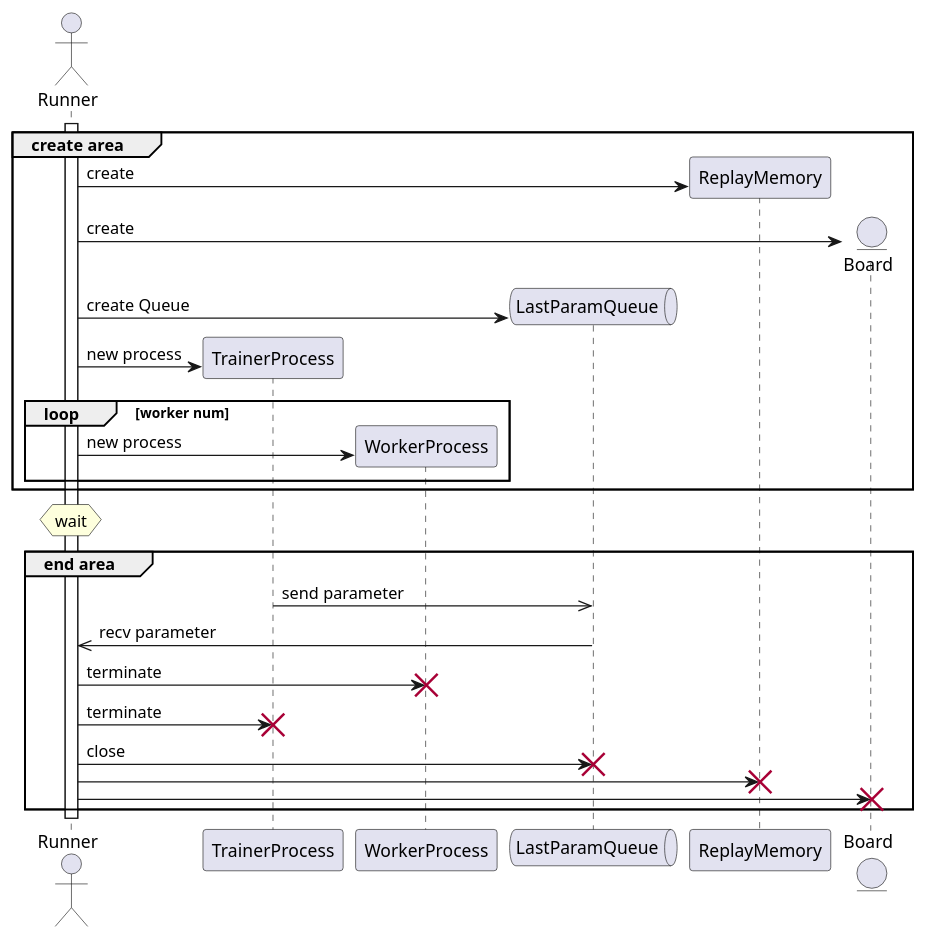
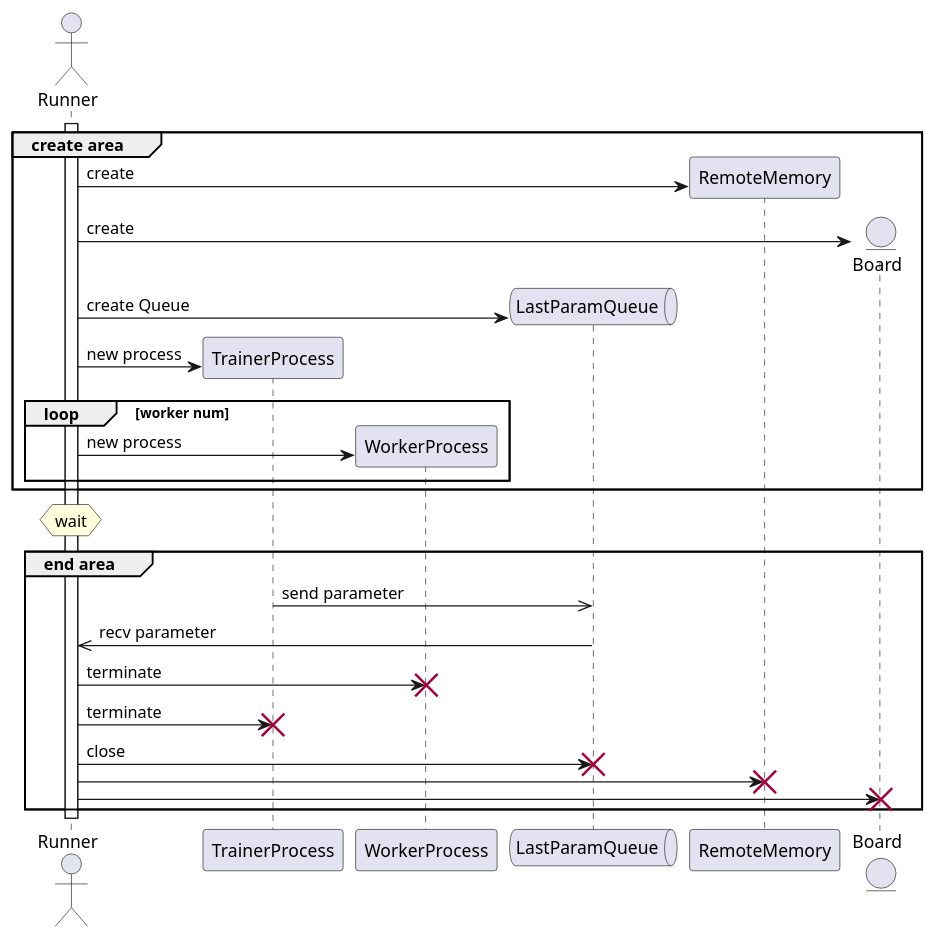
Before and after one commit to pocokhc/simple_distributed_rl: the diagram in diagrams/runner_mp_flow.pu, drawn with PlantUML. The commit also changed 7 other files, not shown here.

```diff
--- a/diagrams/runner_mp_flow.pu
+++ b/diagrams/runner_mp_flow.pu
@@ -1,43 +1,43 @@
 @startuml
 actor Runner
 participant TrainerProcess
 participant WorkerProcess
 queue LastParamQueue
-participant ReplayMemory
+participant RemoteMemory
 entity Board
 
 
 
 activate Runner
 
 group create area
-    Runner -> ReplayMemory ** : create
+    Runner -> RemoteMemory ** : create
     Runner -> Board ** : create
     Runner -> LastParamQueue ** : create Queue
 
     Runner -> TrainerProcess ** : new process
     loop worker num
         Runner -> WorkerProcess ** : new process
     end
 end
 
 
 hnote over Runner : wait
 
 
 group end area
 
     TrainerProcess ->> LastParamQueue: send parameter
     LastParamQueue ->> Runner: recv parameter
 
     Runner -> WorkerProcess !! : terminate
     Runner -> TrainerProcess !! : terminate
     Runner -> LastParamQueue !! : close
-    Runner -> ReplayMemory !!
+    Runner -> RemoteMemory !!
     Runner -> Board !!
 
 end
 
 deactivate Runner
 
 @enduml
```
